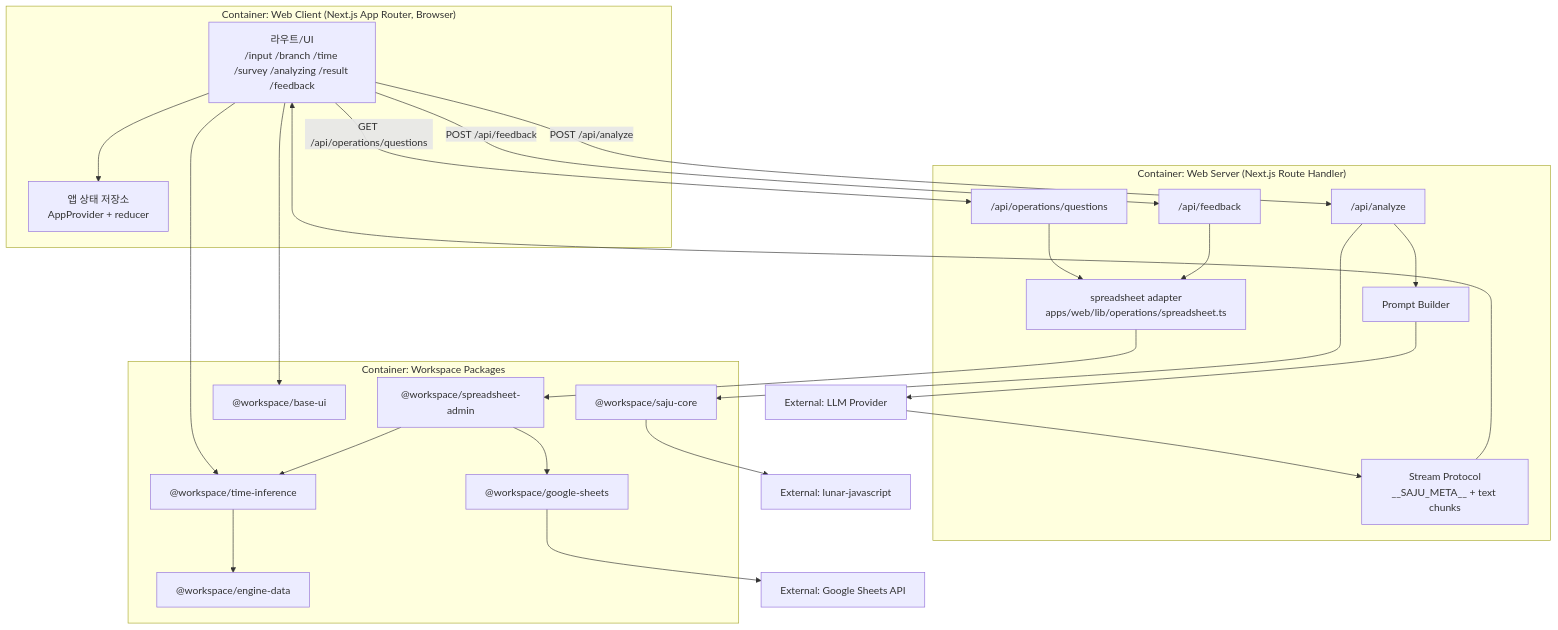
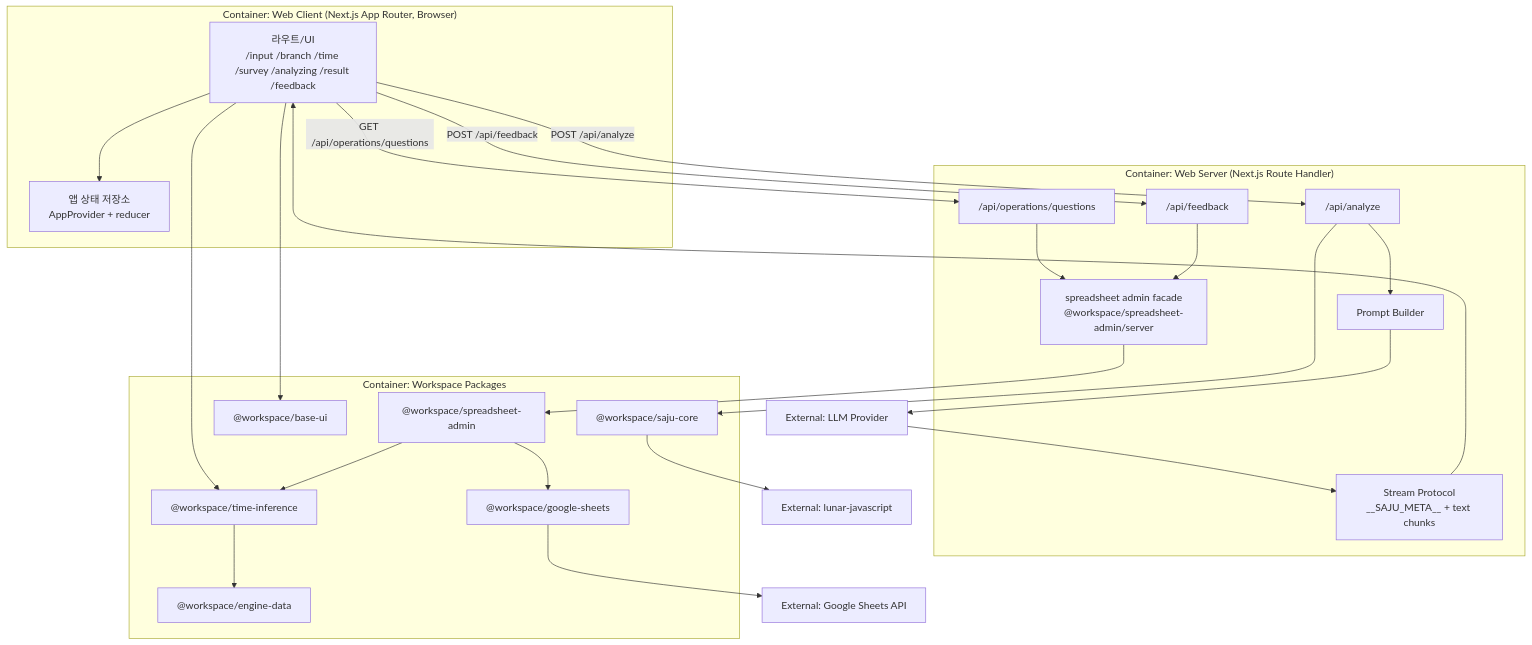
The second of 6 diagrams in docs/architecture.md (codeeon/rev), drawn with Mermaid before and after one commit. The commit also changed 1 other file, not shown here.

Commit message:
docs(architecture): 패키지 구조 변경 반영

````diff
--- a/docs/architecture.md
+++ b/docs/architecture.md
@@ -338,51 +338,51 @@
 ```mermaid
 flowchart TB
     subgraph client["Container: Web Client (Next.js App Router, Browser)"]
         pages["라우트/UI<br/>/input /branch /time /survey /analyzing /result /feedback"]
         store["앱 상태 저장소<br/>AppProvider + reducer"]
     end
 
     subgraph server["Container: Web Server (Next.js Route Handler)"]
         analyzeApi["/api/analyze"]
         questionsApi["/api/operations/questions"]
         feedbackApi["/api/feedback"]
         prompt["Prompt Builder"]
         protocol["Stream Protocol<br/>__SAJU_META__ + text chunks"]
-        opsAdapter["spreadsheet adapter<br/>apps/web/lib/operations/spreadsheet.ts"]
+        adminServer["spreadsheet admin facade<br/>@workspace/spreadsheet-admin/server"]
     end
 
     subgraph workspace["Container: Workspace Packages"]
         saju["@workspace/saju-core"]
         inference["@workspace/time-inference"]
         data["@workspace/engine-data"]
         ui["@workspace/base-ui"]
         gs["@workspace/google-sheets"]
         admin["@workspace/spreadsheet-admin"]
     end
 
     llm["External: LLM Provider"]
     lunar["External: lunar-javascript"]
     sheets["External: Google Sheets API"]
 
     pages --> store
     pages --> inference
     inference --> data
     pages --> ui
 
     pages -->|POST /api/analyze| analyzeApi
     analyzeApi --> saju
     analyzeApi --> prompt
     prompt --> llm
     llm --> protocol
     protocol --> pages
     saju --> lunar
 
     pages -->|GET /api/operations/questions| questionsApi
     pages -->|POST /api/feedback| feedbackApi
-    questionsApi --> opsAdapter
-    feedbackApi --> opsAdapter
-    opsAdapter --> admin
+    questionsApi --> adminServer
+    feedbackApi --> adminServer
+    adminServer --> admin
     admin --> gs
     admin --> inference
     gs --> sheets
 ```
````
